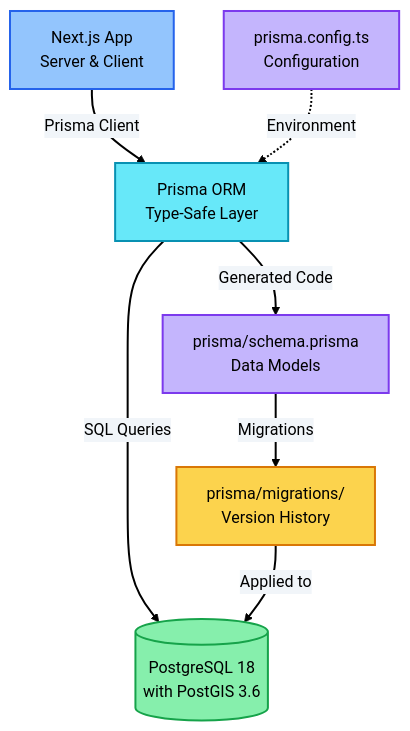
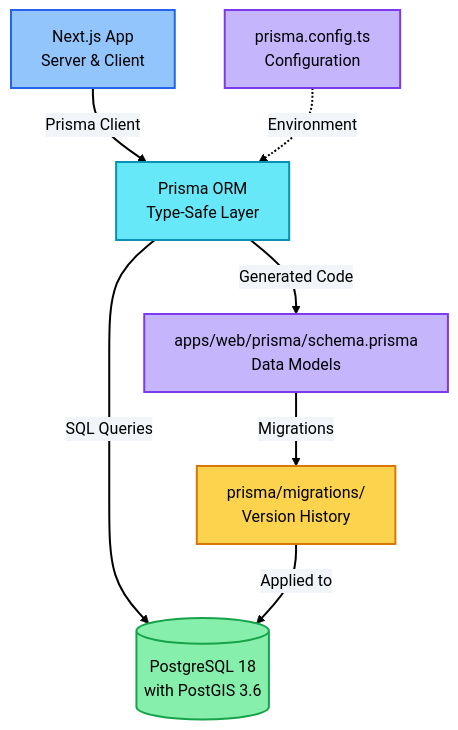
One commit to 3DHDSoft/devmultiplier-academy changed the first of 2 diagrams in docs/prisma-introduction.md. Above: the diagram before and after it, drawn with Mermaid. The commit also changed other lines of this file and 18 other files, not shown here.

````diff
--- a/docs/prisma-introduction.md
+++ b/docs/prisma-introduction.md
@@ -7,32 +7,32 @@
 ```mermaid
 %%{init: {'theme': 'base', 'themeVariables': {
   'primaryColor': '#93c5fd',
   'primaryTextColor': '#000000',
   'primaryBorderColor': '#2563eb',
   'lineColor': '#000000',
   'secondaryColor': '#c4b5fd',
   'tertiaryColor': '#67e8f9',
   'background': '#ffffff',
   'textColor': '#000000',
   'edgeLabelBackground': '#f1f5f9',
   'fontFamily': 'system-ui, -apple-system, sans-serif'
 }}}%%
 graph TD
     App["Next.js App<br/>Server & Client"] -->|Prisma Client| PrismaLib["Prisma ORM<br/>Type-Safe Layer"]
-    PrismaLib -->|Generated Code| Schema["prisma/schema.prisma<br/>Data Models"]
+    PrismaLib -->|Generated Code| Schema["apps/web/prisma/schema.prisma<br/>Data Models"]
     PrismaLib -->|SQL Queries| DB[("PostgreSQL 18<br/>with PostGIS 3.6")]
 
     Schema -->|Migrations| Migrations["prisma/migrations/<br/>Version History"]
     Migrations -->|Applied to| DB
 
     Config["prisma.config.ts<br/>Configuration"] -.->|Environment| PrismaLib
 
     style App fill:#93c5fd,stroke:#2563eb,color:#000000,stroke-width:2px
     style Config fill:#c4b5fd,stroke:#7c3aed,color:#000000,stroke-width:2px
     style PrismaLib fill:#67e8f9,stroke:#0891b2,color:#000000,stroke-width:2px
     style Schema fill:#c4b5fd,stroke:#7c3aed,color:#000000,stroke-width:2px
     style Migrations fill:#fcd34d,stroke:#d97706,color:#000000,stroke-width:2px
     style DB fill:#86efac,stroke:#16a34a,color:#000000,stroke-width:2px
 
     linkStyle default stroke:#000000,stroke-width:2px
 ```
````
